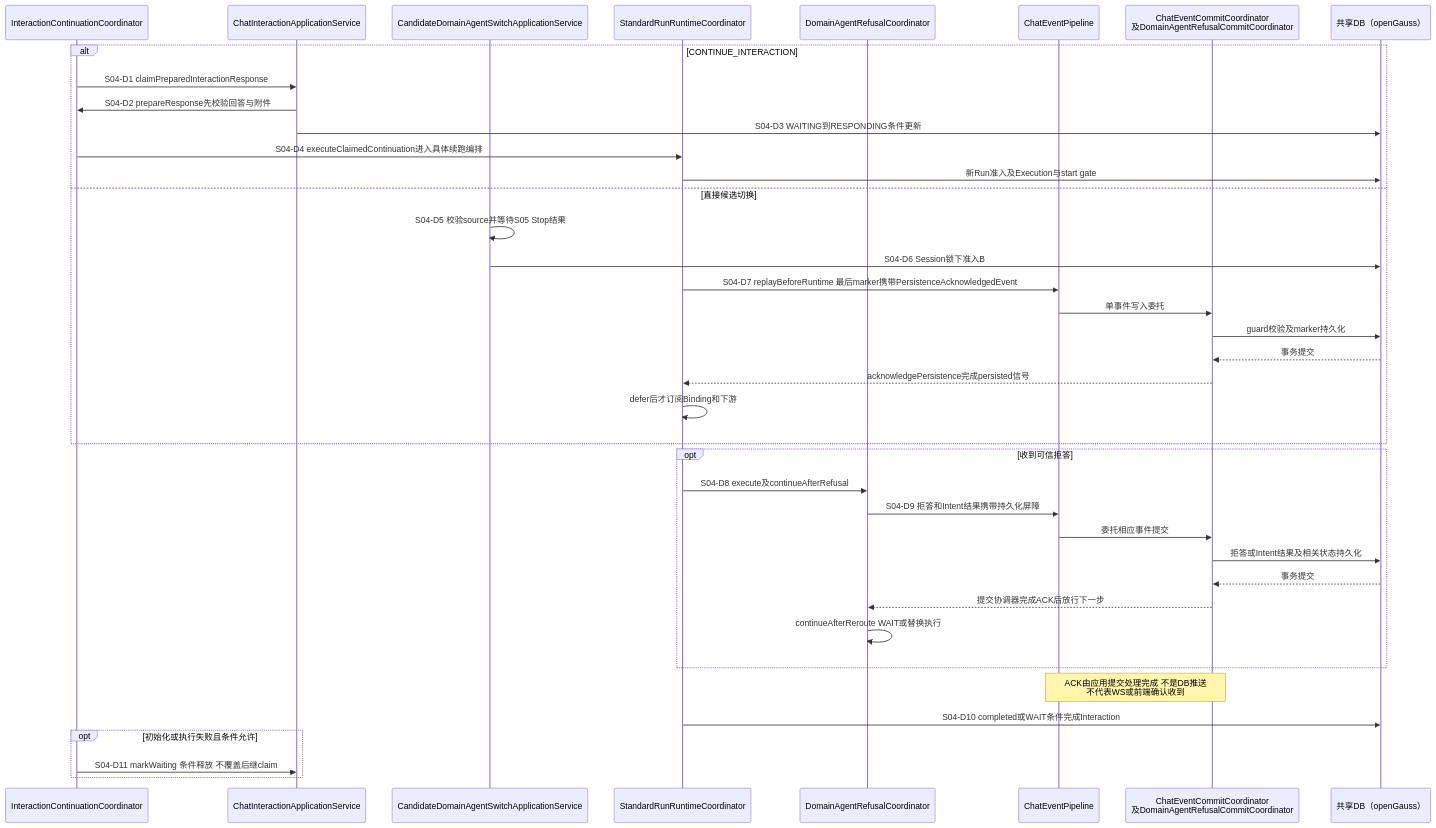
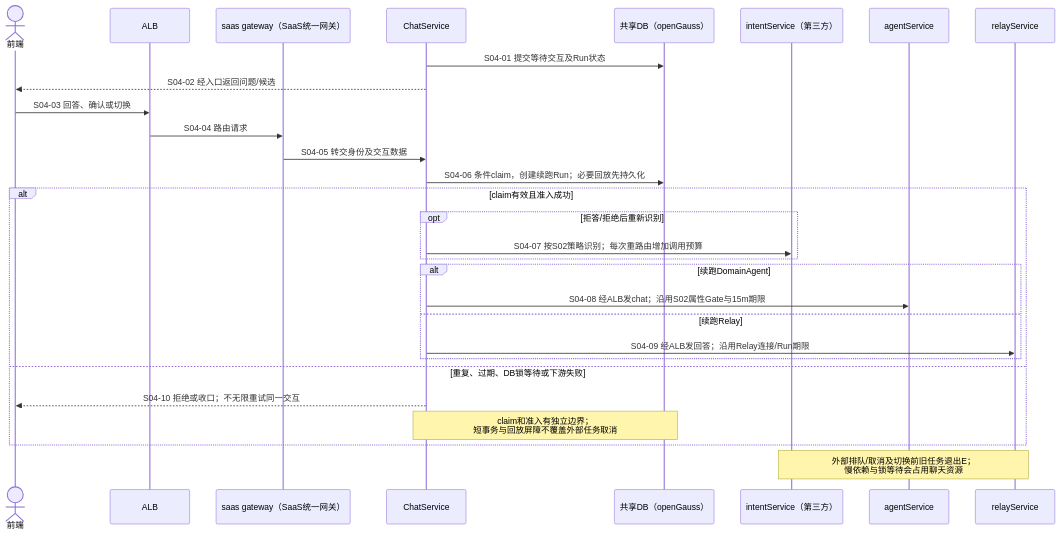
The fourth of 12 diagrams in docs/architecture/high-availability/scenarios.md (kunben-duck/exweb), drawn with Mermaid before and after one commit. The commit also changed other lines of this file and 8 other files, not shown here.

````diff
--- a/docs/architecture/high-availability/scenarios.md
+++ b/docs/architecture/high-availability/scenarios.md
@@ -460,41 +232,31 @@
 ```mermaid
 sequenceDiagram
-    participant IC as InteractionContinuationCoordinator
-    participant IS as ChatInteractionApplicationService
-    participant CS as CandidateDomainAgentSwitchApplicationService
-    participant RT as StandardRunRuntimeCoordinator
-    participant RF as DomainAgentRefusalCoordinator
-    participant PIPE as ChatEventPipeline
-    participant COM as ChatEventCommitCoordinator<br/>及DomainAgentRefusalCommitCoordinator
+actor WEB as 前端
+    participant ALB
+    participant GW as saas gateway（SaaS统一网关）
+    participant CHAT as ChatService
     participant DB as 共享DB（openGauss）
-    alt CONTINUE_INTERACTION
-        IC->>IS: S04-D1 claimPreparedInteractionResponse
-        IS->>IC: S04-D2 prepareResponse先校验回答与附件
-        IS->>DB: S04-D3 WAITING到RESPONDING条件更新
-        IC->>RT: S04-D4 executeClaimedContinuation进入具体续跑编排
-        RT->>DB: 新Run准入及Execution与start gate
-    else 直接候选切换
-        CS->>CS: S04-D5 校验source并等待S05 Stop结果
-        CS->>DB: S04-D6 Session锁下准入B
-        RT->>PIPE: S04-D7 replayBeforeRuntime 最后marker携带PersistenceAcknowledgedEvent
-        PIPE->>COM: 单事件写入委托
-        COM->>DB: guard校验及marker持久化
-        DB-->>COM: 事务提交
-        COM-->>RT: acknowledgePersistence完成persisted信号
-        RT->>RT: defer后才订阅Binding和下游
+    participant INTENT as intentService（第三方）
+    participant AGENT as agentService
+    participant RELAY as relayService
+    CHAT->>DB: S04-01 提交等待交互及Run状态
+    CHAT-->>WEB: S04-02 经入口返回问题/候选
+    WEB->>ALB: S04-03 回答、确认或切换
+    ALB->>GW: S04-04 路由请求
+    GW->>CHAT: S04-05 转交身份及交互数据
+    CHAT->>DB: S04-06 条件claim，创建续跑Run；必要回放先持久化
+    alt claim有效且准入成功
+        opt 拒答/拒绝后重新识别
+            CHAT->>INTENT: S04-07 按S02策略识别；每次重路由增加调用预算
+        end
+        alt 续跑DomainAgent
+            CHAT->>AGENT: S04-08 经ALB发chat；沿用S02属性Gate与15m期限
+        else 续跑Relay
+            CHAT->>RELAY: S04-09 经ALB发回答；沿用Relay连接/Run期限
+        end
+    else 重复、过期、DB锁等待或下游失败
+        CHAT-->>WEB: S04-10 拒绝或收口；不无限重试同一交互
+        Note over CHAT,DB: claim和准入有独立边界；<br/>短事务与回放屏障不覆盖外部任务取消
     end
-    opt 收到可信拒答
-        RT->>RF: S04-D8 execute及continueAfterRefusal
-        RF->>PIPE: S04-D9 拒答和Intent结果携带持久化屏障
-        PIPE->>COM: 委托相应事件提交
-        COM->>DB: 拒答或Intent结果及相关状态持久化
-        DB-->>COM: 事务提交
-        COM-->>RF: 提交协调器完成ACK后放行下一步
-        RF->>RF: continueAfterReroute WAIT或替换执行
-    end
-    Note over PIPE,COM: ACK由应用提交处理完成 不是DB推送<br/>不代表WS或前端确认收到
-    RT->>DB: S04-D10 completed或WAIT条件完成Interaction
-    opt 初始化或执行失败且条件允许
-        IC->>IS: S04-D11 markWaiting 条件释放 不覆盖后继claim
-    end
+    Note over INTENT,RELAY: 外部排队/取消及切换前旧任务退出E；<br/>慢依赖与锁等待会占用聊天资源
 ```
````
